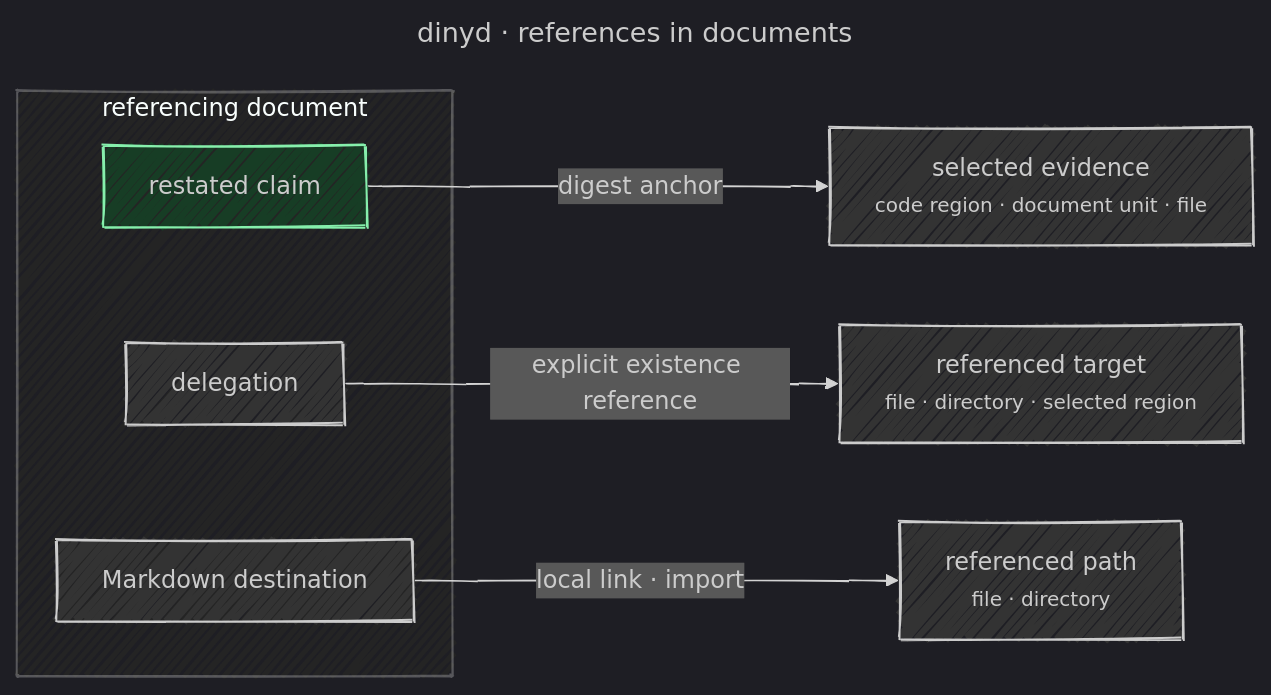
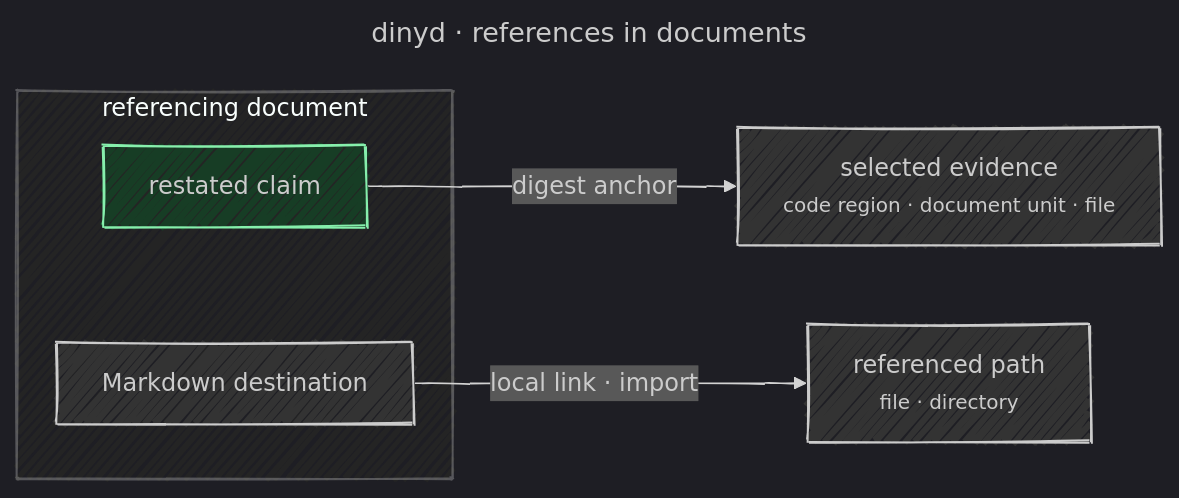
One commit to undervoke/dinyd changed the diagram in blueprint/anchors.mermaid. Above: the diagram before and after it, drawn with Mermaid. The commit also changed 8 other files, not shown here.

```diff
--- a/blueprint/anchors.mermaid
+++ b/blueprint/anchors.mermaid
@@ -1,28 +1,26 @@
 ---
 title: dinyd · references in documents
 config:
   look: handDrawn
   handDrawnSeed: 5
   theme: dark
   themeVariables:
     mainBkg: "#333333"
     clusterBkg: "#242424"
   themeCSS: |
     small { display: inline-block; text-align: left; }
   flowchart:
     wrappingWidth: 300
 ---
 %% Behavior authority: anchors.md.
 flowchart LR
   subgraph Doc["referencing document"]
     Claim["restated claim"]
-    Delegation["delegation"]
     Dest["Markdown destination"]
   end
 
   Claim -->|digest anchor| Evidence["selected evidence<br/><small>code region · document unit · file</small>"]
-  Delegation -->|explicit existence reference| Target["referenced target<br/><small>file · directory · selected region</small>"]
   Dest -->|local link · import| Path["referenced path<br/><small>file · directory</small>"]
 
   classDef em fill:#173d25,stroke:#86efac
   class Claim em
```
